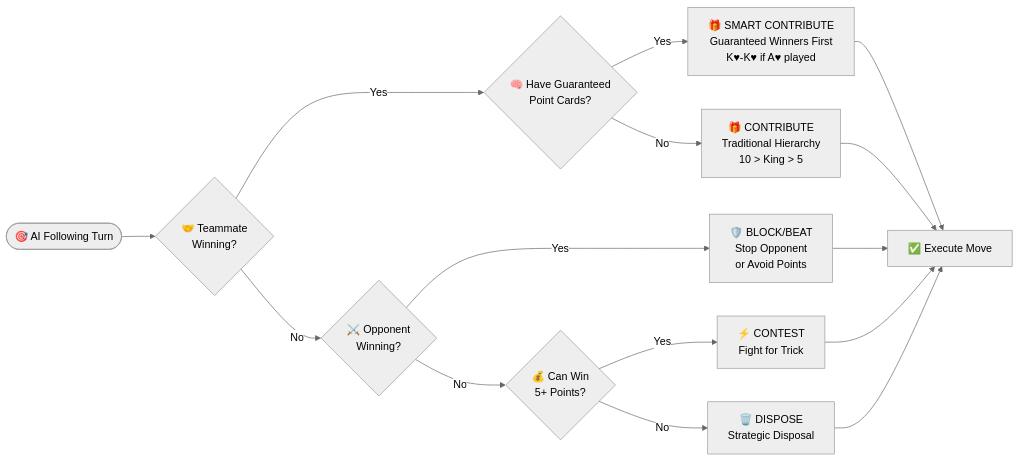
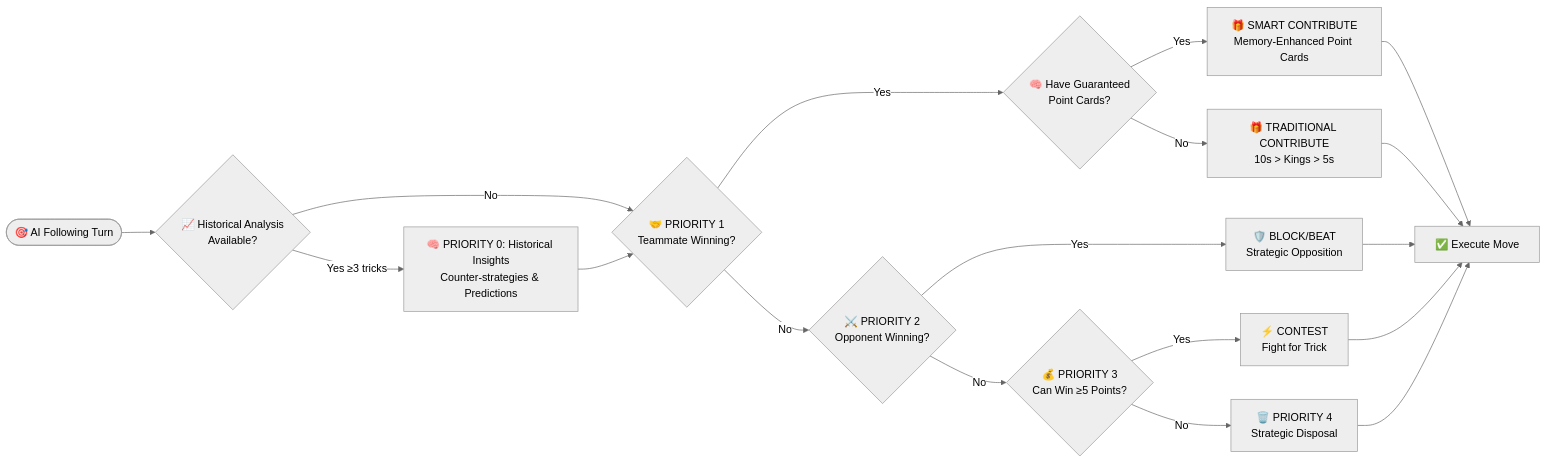
The fourth of 6 diagrams in docs/AI_SYSTEM.md (ejfn/Tractor), drawn with Mermaid (neutral theme) before and after one commit. The commit also changed other lines of this file and 3 other files, not shown here.

````diff
--- a/docs/AI_SYSTEM.md
+++ b/docs/AI_SYSTEM.md
@@ -102,18 +141,23 @@
 ```mermaid
 flowchart LR
-    Start([🎯 AI Following Turn]) --> P1{🤝 Teammate<br/>Winning?}
+    Start([🎯 AI Following Turn]) --> Historical{📈 Historical Analysis<br/>Available?}
+    Historical -->|Yes ≥3 tricks| Phase4[🧠 PRIORITY 0: Historical Insights<br/>Counter-strategies & Predictions]
+    Historical -->|No| P1{🤝 PRIORITY 1<br/>Teammate Winning?}
+    
+    Phase4 --> P1
     P1 -->|Yes| Memory{🧠 Have Guaranteed<br/>Point Cards?}
-    Memory -->|Yes| SmartContribute[🎁 SMART CONTRIBUTE<br/>Guaranteed Winners First<br/>K♥-K♥ if A♥ played]
-    Memory -->|No| Contribute[🎁 CONTRIBUTE<br/>Traditional Hierarchy<br/>10 > King > 5]
-    P1 -->|No| P2{⚔️ Opponent<br/>Winning?}
-    P2 -->|Yes| Block[🛡️ BLOCK/BEAT<br/>Stop Opponent<br/>or Avoid Points]
-    P2 -->|No| P3{💰 Can Win<br/>5+ Points?}
+    Memory -->|Yes| SmartContribute[🎁 SMART CONTRIBUTE<br/>Memory-Enhanced Point Cards]
+    Memory -->|No| Contribute[🎁 TRADITIONAL CONTRIBUTE<br/>10s > Kings > 5s]
+    
+    P1 -->|No| P2{⚔️ PRIORITY 2<br/>Opponent Winning?}
+    P2 -->|Yes| Block[🛡️ BLOCK/BEAT<br/>Strategic Opposition]
+    P2 -->|No| P3{💰 PRIORITY 3<br/>Can Win ≥5 Points?}
     P3 -->|Yes| Contest[⚡ CONTEST<br/>Fight for Trick]
-    P3 -->|No| Dispose[🗑️ DISPOSE<br/>Strategic Disposal]
+    P3 -->|No| P4[🗑️ PRIORITY 4<br/>Strategic Disposal]
     
-    SmartContribute --> Return[✅ Execute Move]
-    Contribute --> Return
-    Block --> Return
-    Contest --> Return
-    Dispose --> Return
+    SmartContribute --> Execute[✅ Execute Move]
+    Contribute --> Execute
+    Block --> Execute
+    Contest --> Execute
+    P4 --> Execute
 ```
````
